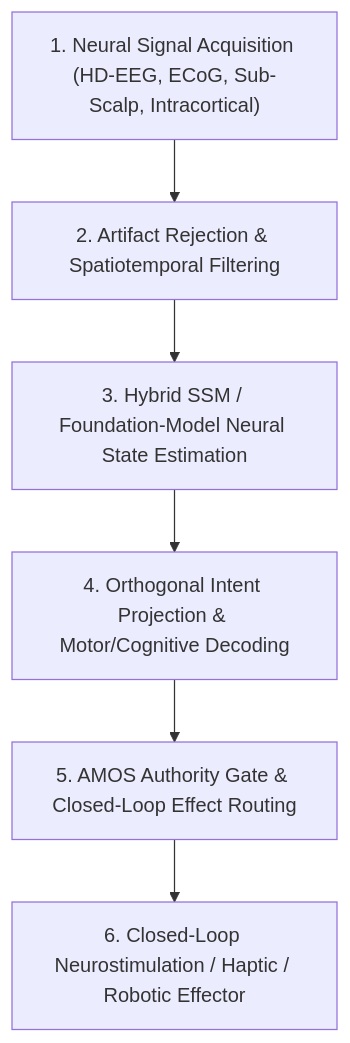
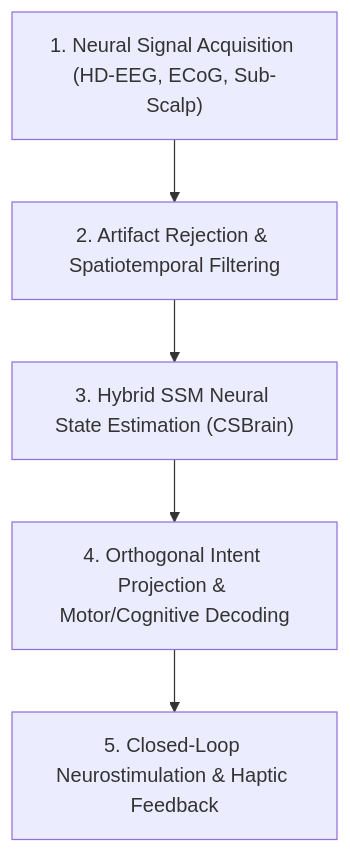
Before and after one commit to trangyp/AMOS-OS: the diagram in 05_COGNITIVE_ORGANISM/UNIVERSAL_BCI_NEURAL_DECODING_ARCHITECTURE.md, drawn with Mermaid. The commit also changed other lines of this file and 6875 other files, not shown here.

````diff
--- a/05_COGNITIVE_ORGANISM/UNIVERSAL_BCI_NEURAL_DECODING_ARCHITECTURE.md
+++ b/05_COGNITIVE_ORGANISM/UNIVERSAL_BCI_NEURAL_DECODING_ARCHITECTURE.md
@@ -101,8 +49,7 @@
 ```mermaid
 graph TD
-  BIO["1. Neural Signal Acquisition (HD-EEG, ECoG, Sub-Scalp, Intracortical)"] --> PRE["2. Artifact Rejection & Spatiotemporal Filtering"]
-  PRE --> SSM["3. Hybrid SSM / Foundation-Model Neural State Estimation"]
+  BIO["1. Neural Signal Acquisition (HD-EEG, ECoG, Sub-Scalp)"] --> PRE["2. Artifact Rejection & Spatiotemporal Filtering"]
+  PRE --> SSM["3. Hybrid SSM Neural State Estimation (CSBrain)"]
   SSM --> INTENT["4. Orthogonal Intent Projection & Motor/Cognitive Decoding"]
-  INTENT --> AUTH["5. AMOS Authority Gate & Closed-Loop Effect Routing"]
-  AUTH --> STIM["6. Closed-Loop Neurostimulation / Haptic / Robotic Effector"]
+  INTENT --> STIM["5. Closed-Loop Neurostimulation & Haptic Feedback"]
 ```
````
